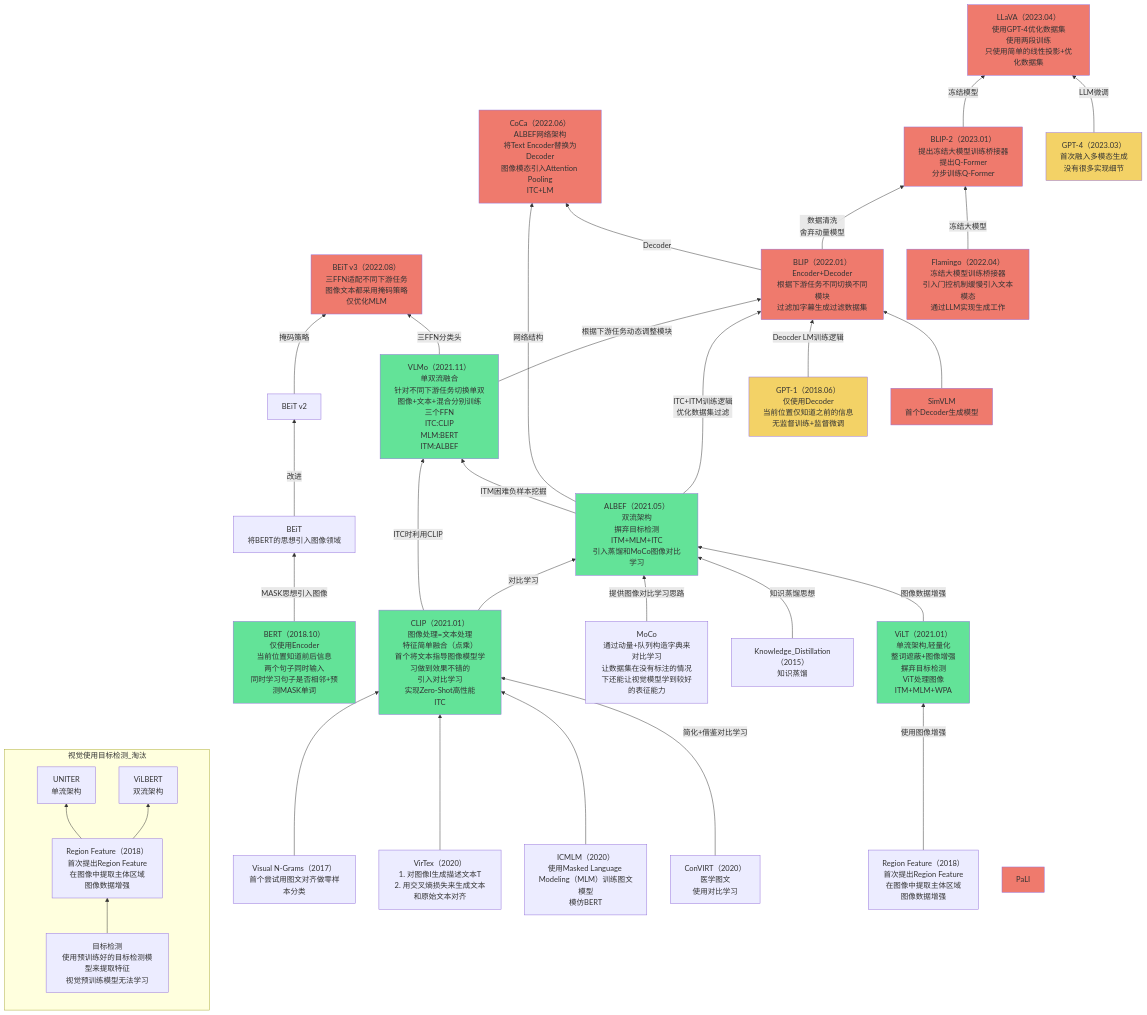
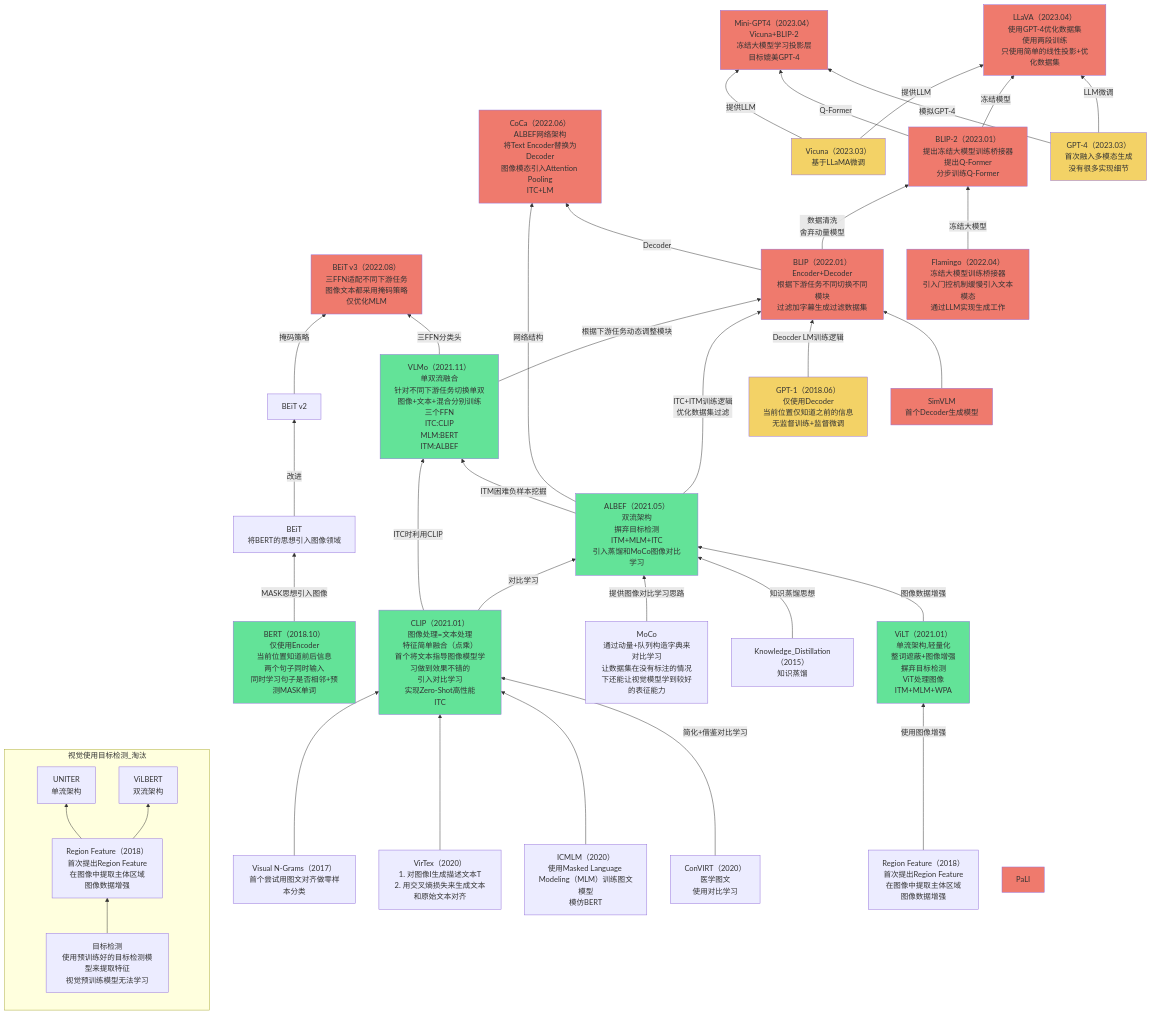
The fourth of 6 diagrams in Base_Model/VLM+VLLM/analyse.md (Elephant-King9/Paper), drawn with Mermaid before and after one commit. The commit also changed other lines of this file and 4 other files, not shown here.

Commit message:
update_MiniGPT-4: Enhancing Vision-Language Understanding with Advanced Large Language Models

````diff
--- a/Base_Model/VLM+VLLM/analyse.md
+++ b/Base_Model/VLM+VLLM/analyse.md
@@ -131,8 +133,12 @@
 	SimVLM-->BLIP
 	ALBEF-->|网络结构|CoCa
 	BLIP-->|Decoder|CoCa
+	Vicuna-->|提供LLM|Mini-GPT4
+	Vicuna-->|提供LLM|LLaVA
 	BLIP-->|数据清洗<br>舍弃动量模型|BLIP-2
+	BLIP-2-->|Q-Former|Mini-GPT4
 	BLIP-2-->|冻结模型|LLaVA
+	GPT-4-->|模拟GPT-4|Mini-GPT4
 	GPT-4-->|LLM微调|LLaVA
 	Flamingo-->|冻结大模型|BLIP-2
 	BERT-->|MASK思想引入图像|BEiT
@@ -183,4 +189,8 @@
 		style LLaVA fill:#EF7A6D
 	GPT-4[GPT-4（2023.03）<br>首次融入多模态生成<br>没有很多实现细节]
 		style GPT-4 fill:#F3D266
+	Vicuna[Vicuna（2023.03）<br>基于LLaMA微调]
+		style Vicuna fill:#F3D266
+	Mini-GPT4[Mini-GPT4（2023.04）<br>Vicuna+BLIP-2<br>冻结大模型学习投影层<br>目标媲美GPT-4]
+		style Mini-GPT4 fill:#EF7A6D
 ```
````
